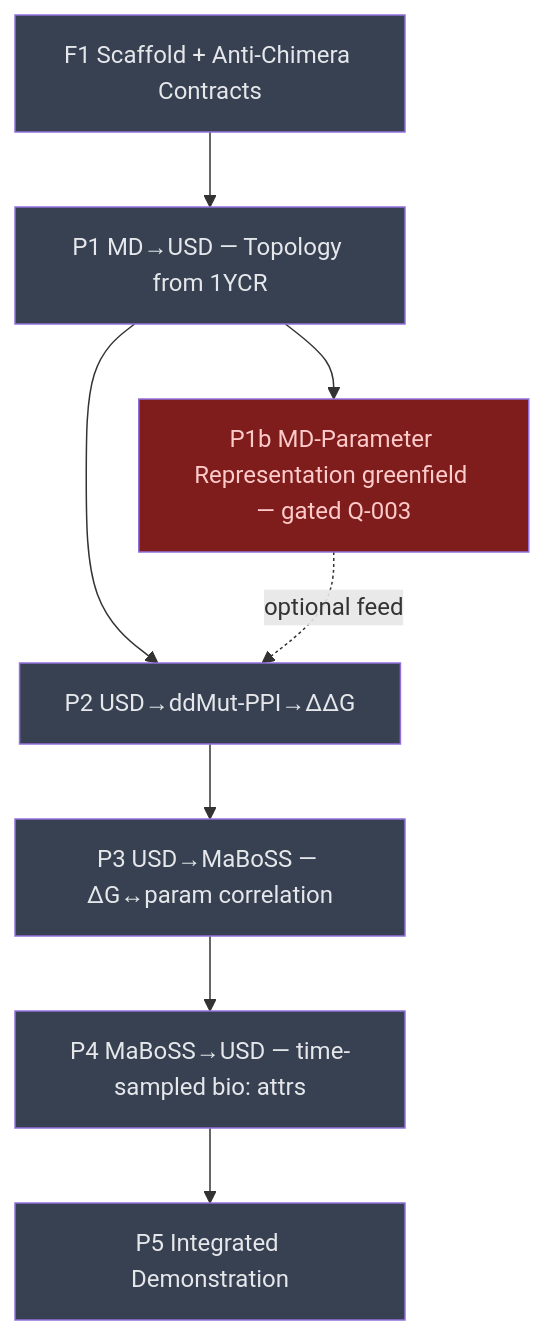
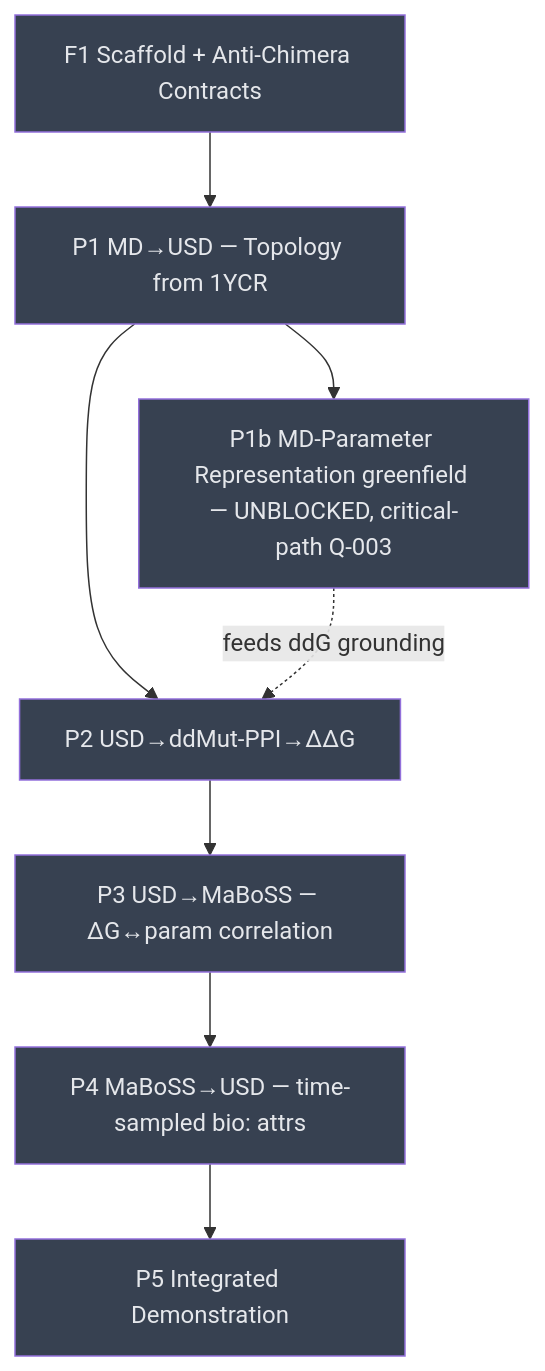
Before and after one commit to LittleCoinCoin/usd-bio: the diagram in __roadmap__/p53_mdm2/README.md, drawn with Mermaid. The commit also changed other lines of this file and 1 other file, not shown here.

First line of the commit message:
docs(p53-mdm2): integrate PI Q-003/Q-004 answers into roadmap

````diff
--- a/__roadmap__/p53_mdm2/README.md
+++ b/__roadmap__/p53_mdm2/README.md
@@ -30,22 +31,22 @@
 ```mermaid
 graph TD
     f1_scaffold[F1 Scaffold + Anti-Chimera Contracts]:::planned
     p1_topology[P1 MD→USD — Topology from 1YCR]:::planned
-    p1b_mdparams[P1b MD-Parameter Representation greenfield — gated Q-003]:::blocked
+    p1b_mdparams[P1b MD-Parameter Representation greenfield — UNBLOCKED, critical-path Q-003]:::planned
     p2_ddg[P2 USD→ddMut-PPI→ΔΔG]:::planned
     p3_maboss[P3 USD→MaBoSS — ΔG↔param correlation]:::planned
     p4_readback[P4 MaBoSS→USD — time-sampled bio: attrs]:::planned
     p5_demo[P5 Integrated Demonstration]:::planned
     f1_scaffold --> p1_topology
     p1_topology --> p1b_mdparams
     p1_topology --> p2_ddg
     p2_ddg --> p3_maboss
     p3_maboss --> p4_readback
     p4_readback --> p5_demo
-    p1b_mdparams -.optional feed.-> p2_ddg
+    p1b_mdparams -.feeds ddG grounding.-> p2_ddg
     classDef done       fill:#166534,color:#bbf7d0
     classDef inprogress fill:#854d0e,color:#fef08a
     classDef planned    fill:#374151,color:#e5e7eb
     classDef amendment  fill:#1e3a5f,color:#bfdbfe
     classDef blocked    fill:#7f1d1d,color:#fecaca
 ```
````
